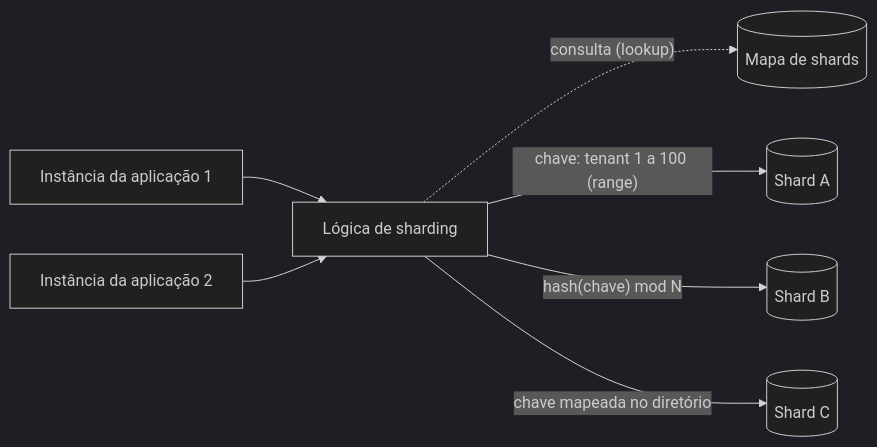
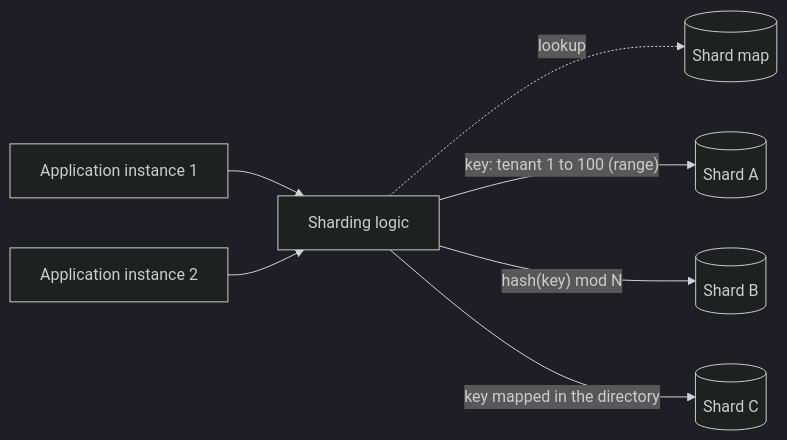
Before and after one commit to alancesar/design-patterns: the diagram in docs/cloud/cloud-design-patterns/data-management/sharding.md, drawn with Mermaid (dark theme). The commit also changed 258 other files, not shown here.

First line of the commit message:
Translate Mermaid diagrams to English

````diff
--- a/docs/cloud/cloud-design-patterns/data-management/sharding.md
+++ b/docs/cloud/cloud-design-patterns/data-management/sharding.md
@@ -73,9 +73,9 @@
 ```mermaid
 flowchart LR
-    App1["Instância da aplicação 1"] --> Logic["Lógica de sharding"]
-    App2["Instância da aplicação 2"] --> Logic
-    Logic -. "consulta (lookup)" .-> Map[("Mapa de shards")]
-    Logic -- "chave: tenant 1 a 100 (range)" --> ShardA[("Shard A")]
-    Logic -- "hash(chave) mod N" --> ShardB[("Shard B")]
-    Logic -- "chave mapeada no diretório" --> ShardC[("Shard C")]
+    App1["Application instance 1"] --> Logic["Sharding logic"]
+    App2["Application instance 2"] --> Logic
+    Logic -. "lookup" .-> Map[("Shard map")]
+    Logic -- "key: tenant 1 to 100 (range)" --> ShardA[("Shard A")]
+    Logic -- "hash(key) mod N" --> ShardB[("Shard B")]
+    Logic -- "key mapped in the directory" --> ShardC[("Shard C")]
 ```
````
